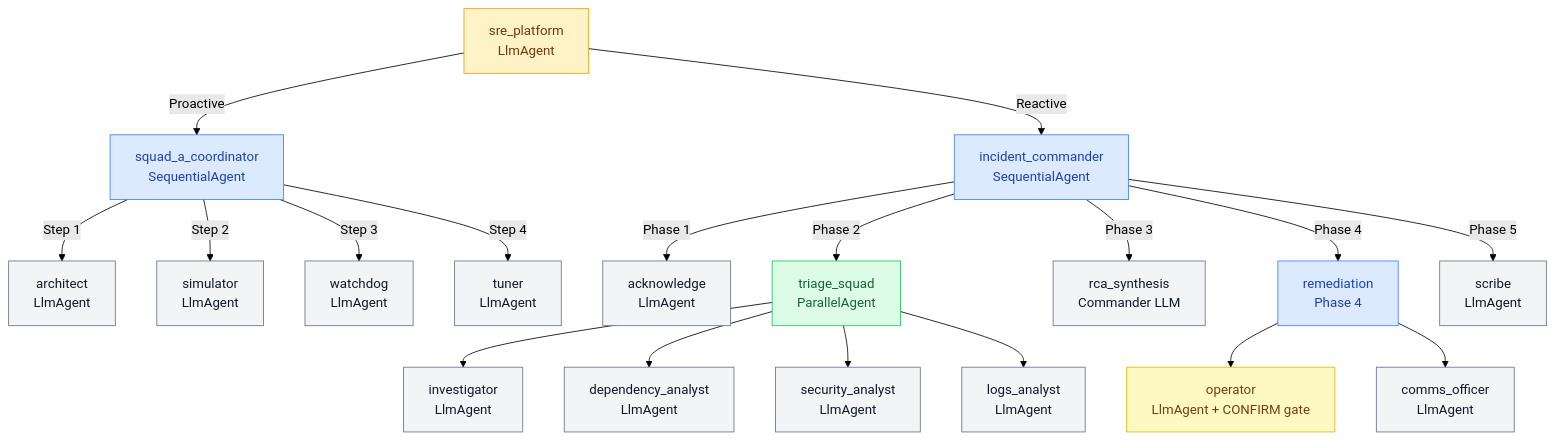
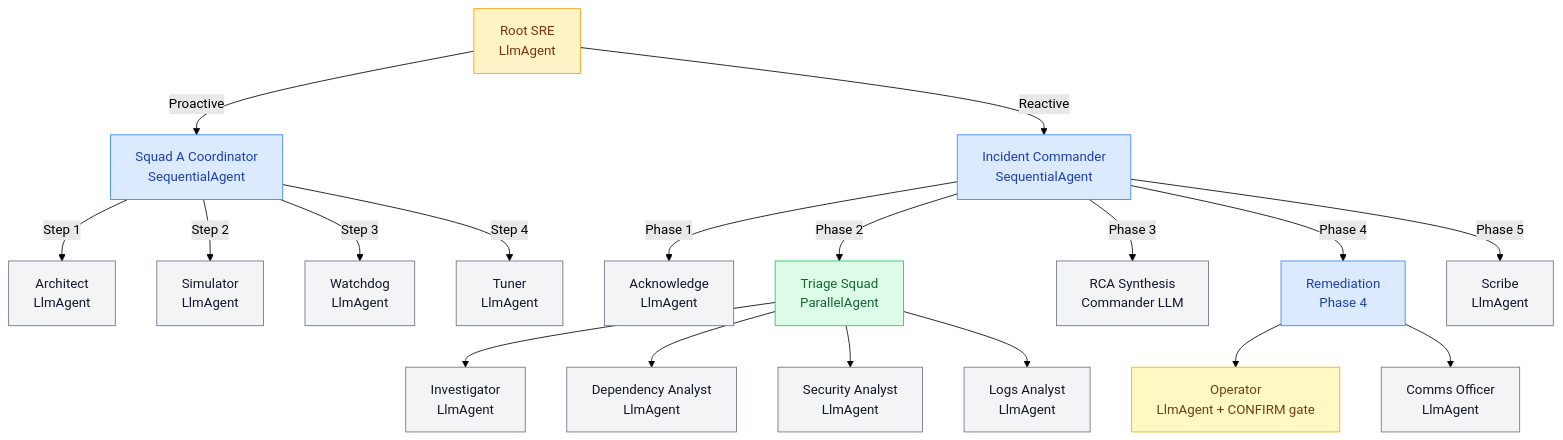
The diagram in README.md (sac34333/SREMultiAIAgentSystem), drawn with Mermaid (forest theme) before and after one commit. The commit also changed other lines of this file, not shown here.

Commit message:
docs: replace with clean architecture showcase  no implementation details

````diff
--- a/README.md
+++ b/README.md
@@ -229,38 +100,38 @@
 ```mermaid
 graph TD
-    ROOT["sre_platform\nLlmAgent"]
+    ROOT["Root SRE<br/>LlmAgent"]
 
-    ROOT -->|Proactive| SQAC["squad_a_coordinator\nSequentialAgent"]
-    ROOT -->|Reactive| SQBC["incident_commander\nSequentialAgent"]
+    ROOT -->|Proactive| SQAC["Squad A Coordinator<br/>SequentialAgent"]
+    ROOT -->|Reactive| SQBC["Incident Commander<br/>SequentialAgent"]
 
-    SQAC -->|Step 1| ARCH["architect\nLlmAgent"]
-    SQAC -->|Step 2| SIM["simulator\nLlmAgent"]
-    SQAC -->|Step 3| WATCH["watchdog\nLlmAgent"]
-    SQAC -->|Step 4| TUNE["tuner\nLlmAgent"]
+    SQAC -->|Step 1| ARCH["Architect<br/>LlmAgent"]
+    SQAC -->|Step 2| SIM["Simulator<br/>LlmAgent"]
+    SQAC -->|Step 3| WATCH["Watchdog<br/>LlmAgent"]
+    SQAC -->|Step 4| TUNE["Tuner<br/>LlmAgent"]
 
-    SQBC -->|Phase 1| ACK["acknowledge\nLlmAgent"]
-    SQBC -->|Phase 2| PARA["triage_squad\nParallelAgent"]
-    SQBC -->|Phase 3| RCA["rca_synthesis\nCommander LLM"]
-    SQBC -->|Phase 4| P4["remediation\nPhase 4"]
-    SQBC -->|Phase 5| SCRIBE["scribe\nLlmAgent"]
+    SQBC -->|Phase 1| ACK["Acknowledge<br/>LlmAgent"]
+    SQBC -->|Phase 2| PARA["Triage Squad<br/>ParallelAgent"]
+    SQBC -->|Phase 3| RCA["RCA Synthesis<br/>Commander LLM"]
+    SQBC -->|Phase 4| P4["Remediation<br/>Phase 4"]
+    SQBC -->|Phase 5| SCRIBE["Scribe<br/>LlmAgent"]
 
-    PARA --> INV["investigator\nLlmAgent"]
-    PARA --> DEP["dependency_analyst\nLlmAgent"]
-    PARA --> SEC["security_analyst\nLlmAgent"]
-    PARA --> LOGS["logs_analyst\nLlmAgent"]
+    PARA --> INV["Investigator<br/>LlmAgent"]
+    PARA --> DEP["Dependency Analyst<br/>LlmAgent"]
+    PARA --> SEC["Security Analyst<br/>LlmAgent"]
+    PARA --> LOGS["Logs Analyst<br/>LlmAgent"]
 
-    P4 --> OPR["operator\nLlmAgent + CONFIRM gate"]
-    P4 --> COMMS["comms_officer\nLlmAgent"]
+    P4 --> OPR["Operator<br/>LlmAgent + CONFIRM gate"]
+    P4 --> COMMS["Comms Officer<br/>LlmAgent"]
 
     classDef rootStyle fill:#fef3c7,stroke:#f59e0b,color:#78350f
     classDef sequential fill:#dbeafe,stroke:#3b82f6,color:#1e40af
     classDef parallel fill:#dcfce7,stroke:#22c55e,color:#166534
     classDef llm fill:#f3f4f6,stroke:#6b7280,color:#111827
     classDef confirm fill:#fef9c3,stroke:#eab308,color:#713f12
 
     class ROOT rootStyle
     class SQAC,SQBC,P4 sequential
     class PARA parallel
     class ARCH,SIM,WATCH,TUNE,ACK,RCA,INV,DEP,SEC,LOGS,COMMS,SCRIBE llm
     class OPR confirm
 ```
````
